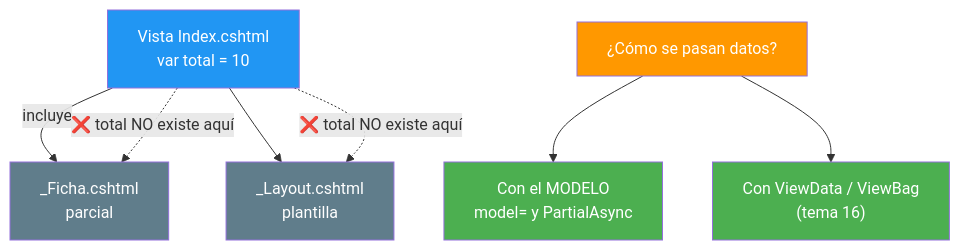
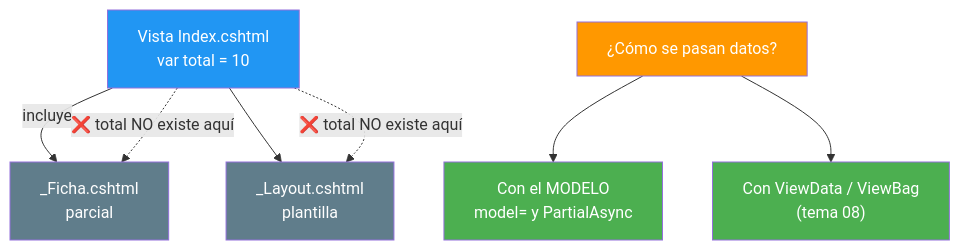
The sixth of 6 diagrams in 02-directivas-sintaxis.md (joseluisgs/DesarrolloWebEntornosServidor-03-2026-2027), drawn with Mermaid before and after one commit. The commit also changed 2 other files, not shown here.

Commit message:
docs: renumerar la unidad con el nuevo tema 16 de ficheros y actualizar referencias

````diff
--- a/02-directivas-sintaxis.md
+++ b/02-directivas-sintaxis.md
@@ -597,18 +597,18 @@
 ```mermaid
 graph TD
     A["Vista Index.cshtml<br/>var total = 10"] -->|"incluye"| B["_Ficha.cshtml<br/>parcial"]
     A --> C["_Layout.cshtml<br/>plantilla"]
 
     A -.->|"❌ total NO existe aquí"| B
     A -.->|"❌ total NO existe aquí"| C
 
     D["¿Cómo se pasan datos?"] --> E["Con el MODELO<br/>model= y PartialAsync"]
-    D --> F["Con ViewData / ViewBag<br/>(tema 16)"]
+    D --> F["Con ViewData / ViewBag<br/>(tema 08)"]
 
     style A fill:#2196F3,color:#fff
     style B fill:#607D8B,color:#fff
     style C fill:#607D8B,color:#fff
     style D fill:#FF9800,color:#fff
     style E fill:#4CAF50,color:#fff
     style F fill:#4CAF50,color:#fff
 ```
````
